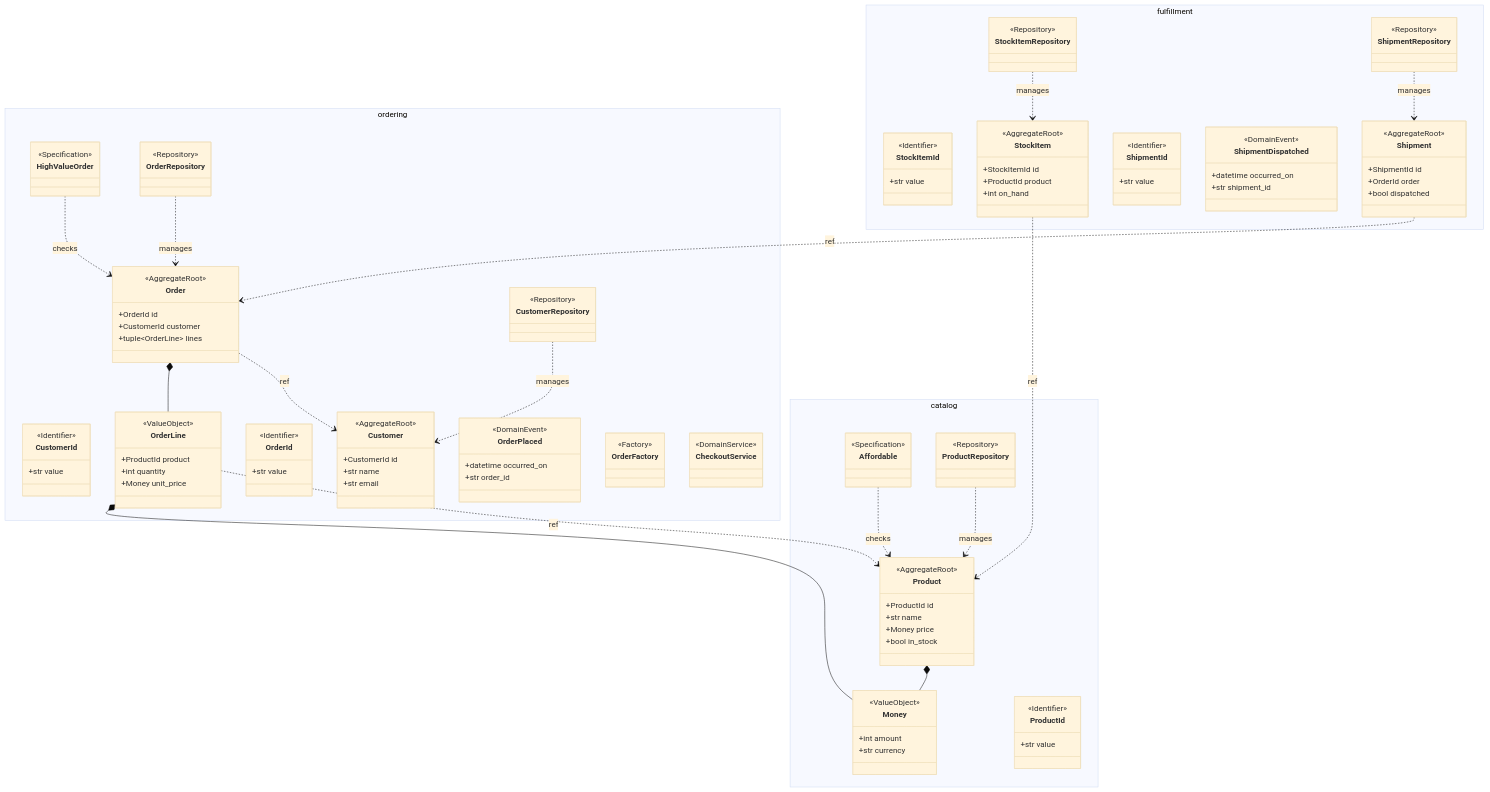
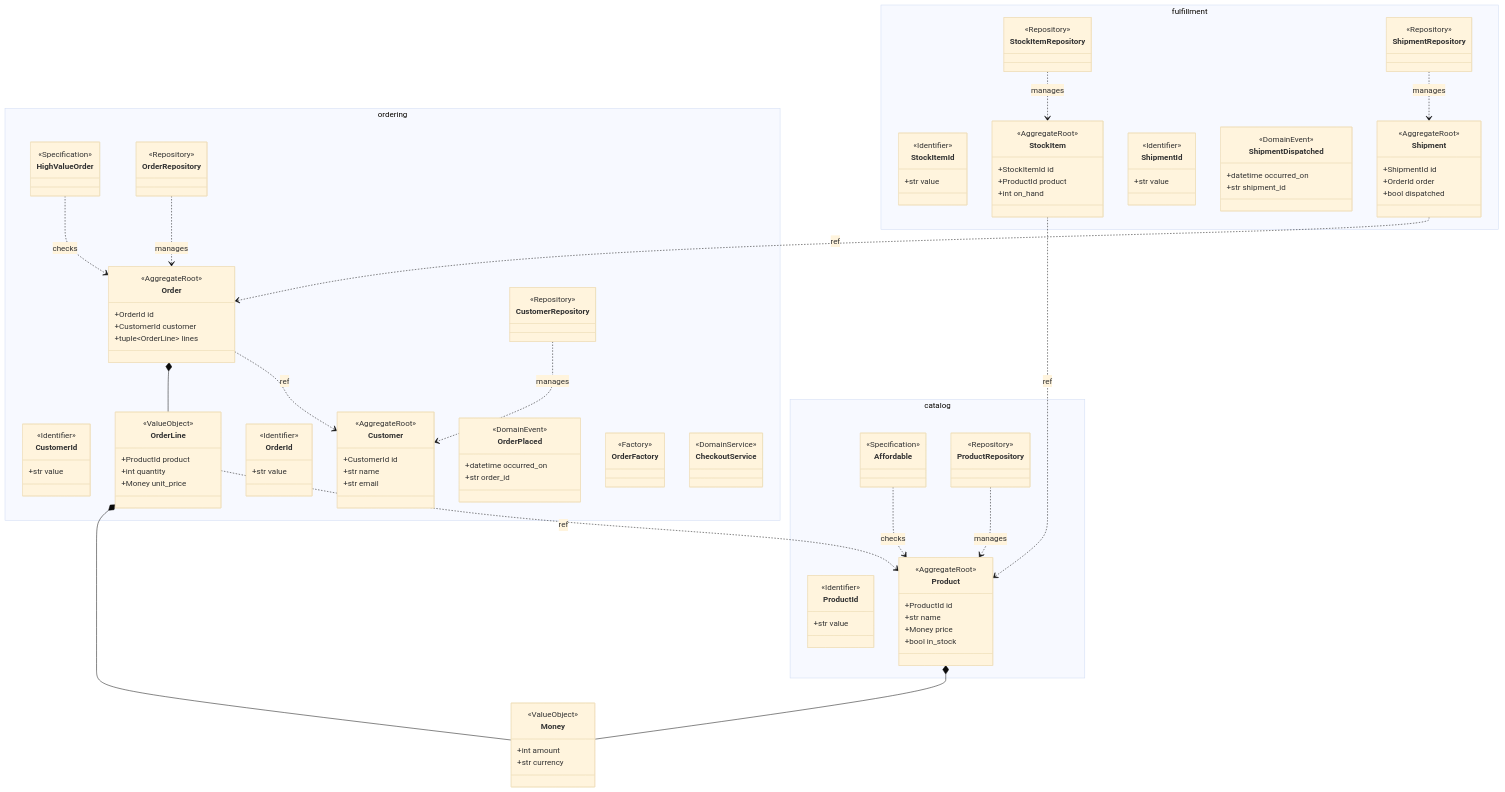
The second of 5 diagrams in examples/shop/diagram.md (KinjiKawaguchi/dddantic), drawn with Mermaid (base theme) before and after one commit. The commit also changed 6 other files, not shown here.

````diff
--- a/examples/shop/diagram.md
+++ b/examples/shop/diagram.md
@@ -19,11 +19,11 @@
 ```mermaid
 classDiagram
+class Money {
+  <<ValueObject>>
+  +int amount
+  +str currency
+}
 namespace catalog {
-  class Money {
-    <<ValueObject>>
-    +int amount
-    +str currency
-  }
   class ProductId {
     <<Identifier>>
     +str value
````
